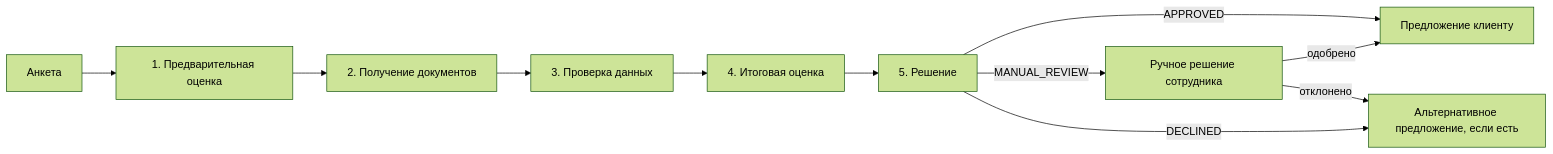
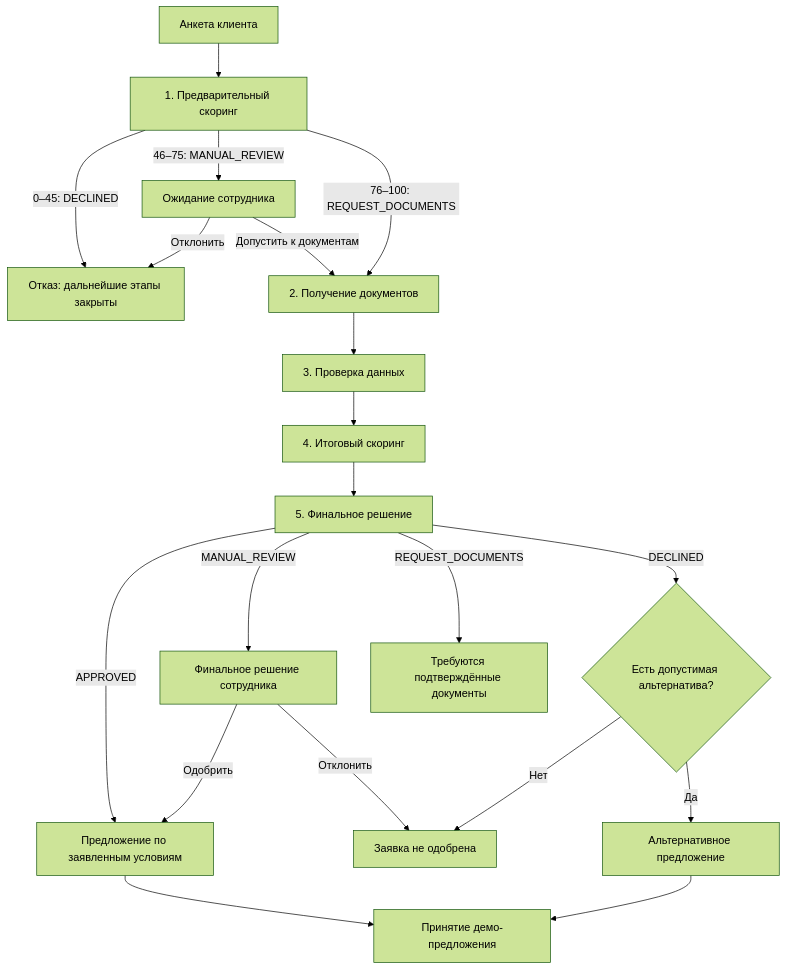
The second of 4 diagrams in docs/ARCHITECTURE.md (oxyW647/alfa-hack-2026), drawn with Mermaid (forest theme) before and after one commit. The commit also changed other lines of this file and 17 other files, not shown here.

````diff
--- a/docs/ARCHITECTURE.md
+++ b/docs/ARCHITECTURE.md
@@ -53,13 +50,22 @@
 ```mermaid
-flowchart LR
-    A[Анкета] --> S1[1. Предварительная оценка]
-    S1 --> S2[2. Получение документов]
-    S2 --> S3[3. Проверка данных]
-    S3 --> S4[4. Итоговая оценка]
-    S4 --> S5[5. Решение]
-    S5 -->|MANUAL_REVIEW| M[Ручное решение сотрудника]
-    S5 -->|APPROVED| O[Предложение клиенту]
-    M -->|одобрено| O
-    M -->|отклонено| ALT[Альтернативное предложение, если есть]
-    S5 -->|DECLINED| ALT
+flowchart TD
+    A[Анкета клиента] --> P[1. Предварительный скоринг]
+    P -->|0–45: DECLINED| D[Отказ: дальнейшие этапы закрыты]
+    P -->|46–75: MANUAL_REVIEW| M[Ожидание сотрудника]
+    M -->|Отклонить| D
+    M -->|Допустить к документам| DOC
+    P -->|76–100: REQUEST_DOCUMENTS| DOC[2. Получение документов]
+    DOC --> V[3. Проверка данных]
+    V --> FS[4. Итоговый скоринг]
+    FS --> DEC[5. Финальное решение]
+    DEC -->|APPROVED| O[Предложение по заявленным условиям]
+    DEC -->|MANUAL_REVIEW| FM[Финальное решение сотрудника]
+    FM -->|Одобрить| O
+    FM -->|Отклонить| END[Заявка не одобрена]
+    DEC -->|DECLINED| ALT{Есть допустимая альтернатива?}
+    DEC -->|REQUEST_DOCUMENTS| INFO[Требуются подтверждённые документы]
+    ALT -->|Да| AO[Альтернативное предложение]
+    ALT -->|Нет| END
+    O --> ACCEPT[Принятие демо-предложения]
+    AO --> ACCEPT
 ```
````
